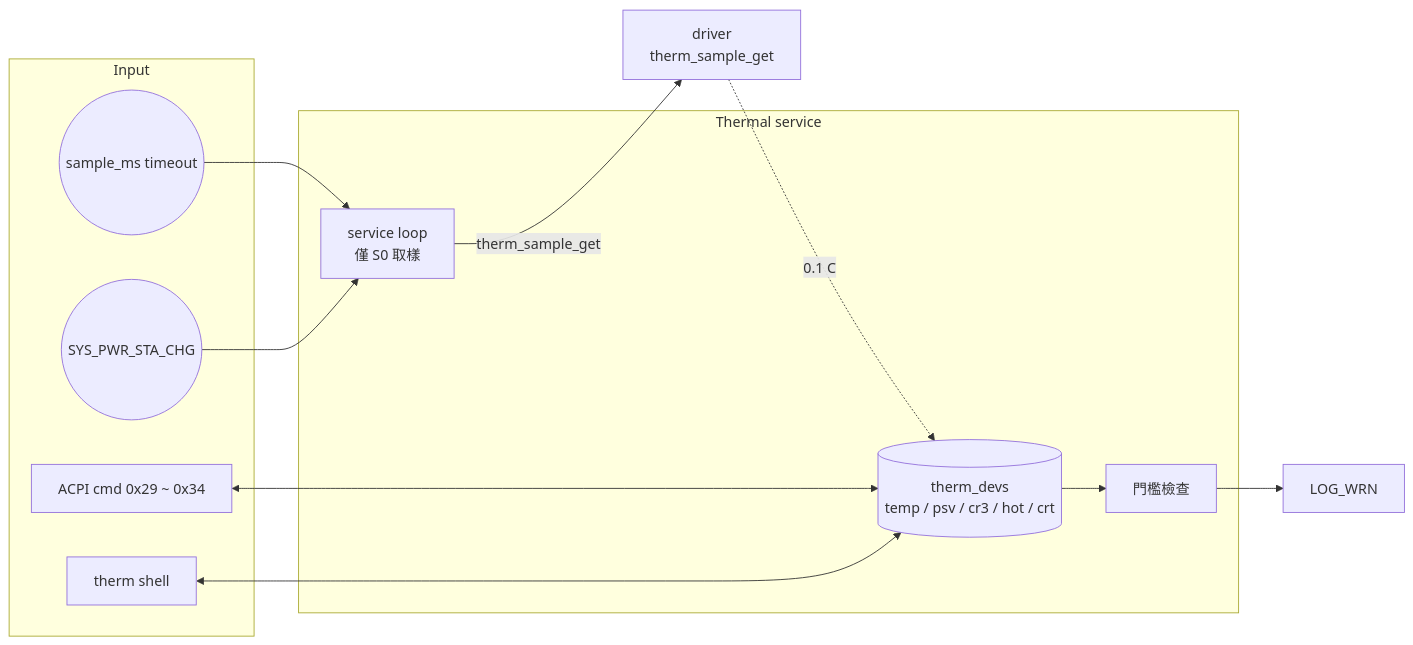
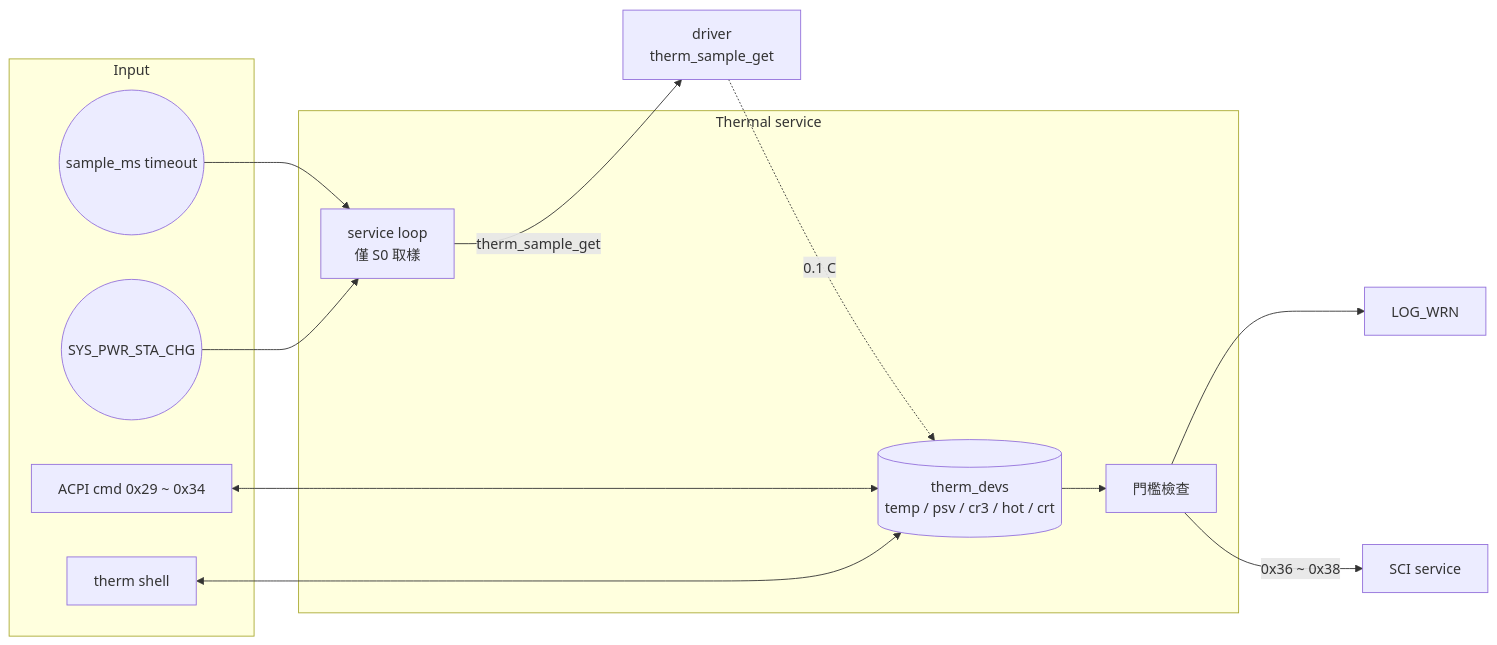
Before and after one commit to MCHP-Andy/ec_qualcomm: the diagram in service/thermal/readme.md, drawn with Mermaid. The commit also changed other lines of this file and 2 other files, not shown here.

Commit message:
feat(therm): send sci if thermal alert

````diff
--- a/service/thermal/readme.md
+++ b/service/thermal/readme.md
@@ -16,27 +16,29 @@
 ```mermaid
 graph LR
     subgraph "Input"
         TMR((sample_ms timeout))
         PWR((SYS_PWR_STA_CHG))
         ACPI[ACPI cmd 0x29 ~ 0x34]
         SHELL[therm shell]
     end
 
     subgraph "Thermal service"
         LOOP[service loop<br/>僅 S0 取樣]
         DEV[(therm_devs<br/>temp / psv / cr3 / hot / crt)]
         CHK[門檻檢查]
     end
 
     DRV[driver<br/>therm_sample_get]
     LOG[LOG_WRN]
+    SCI[SCI service]
 
     TMR --> LOOP
     PWR --> LOOP
     LOOP -->|therm_sample_get| DRV
     DRV -.->|0.1 C| DEV
     DEV --> CHK
     CHK --> LOG
+    CHK -->|0x36 ~ 0x38| SCI
     ACPI <--> DEV
     SHELL <--> DEV
 ```
````
